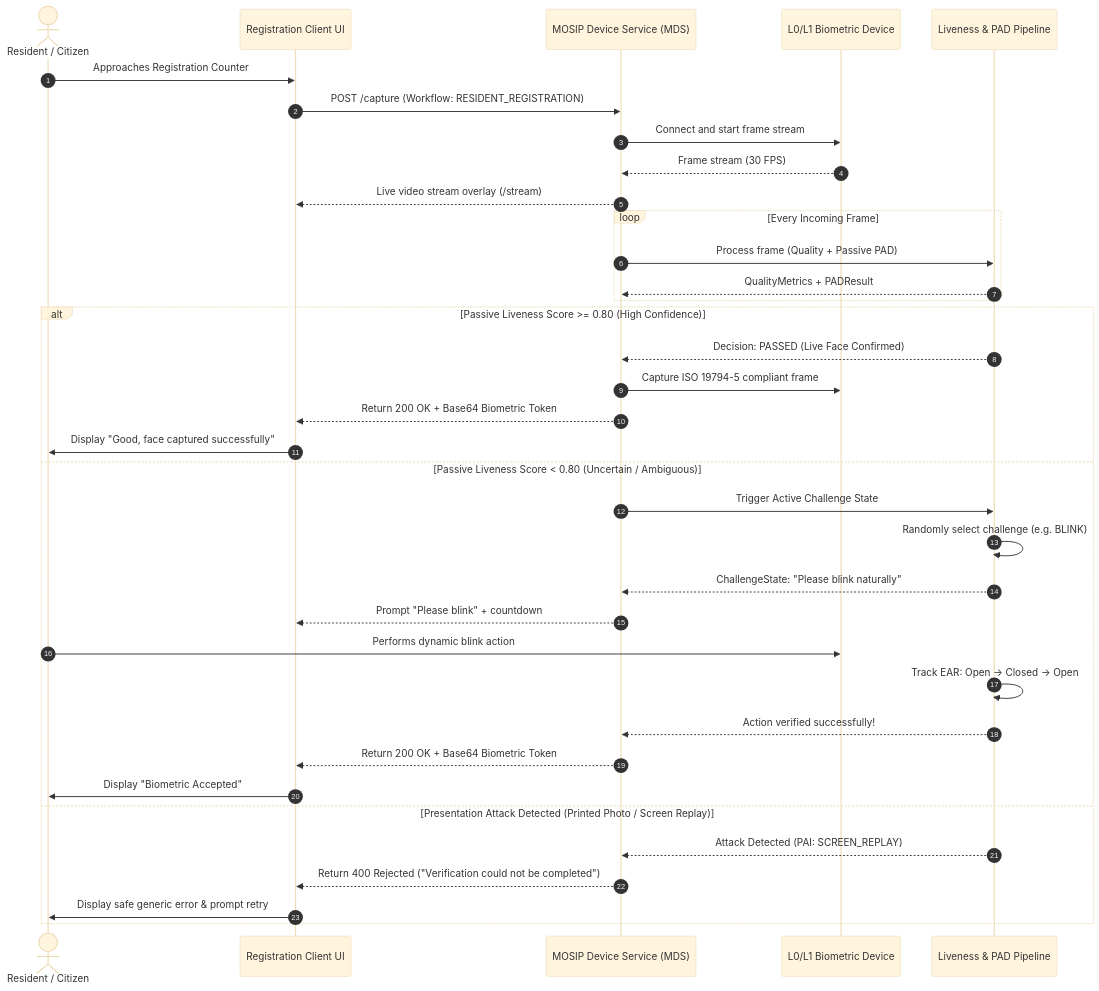
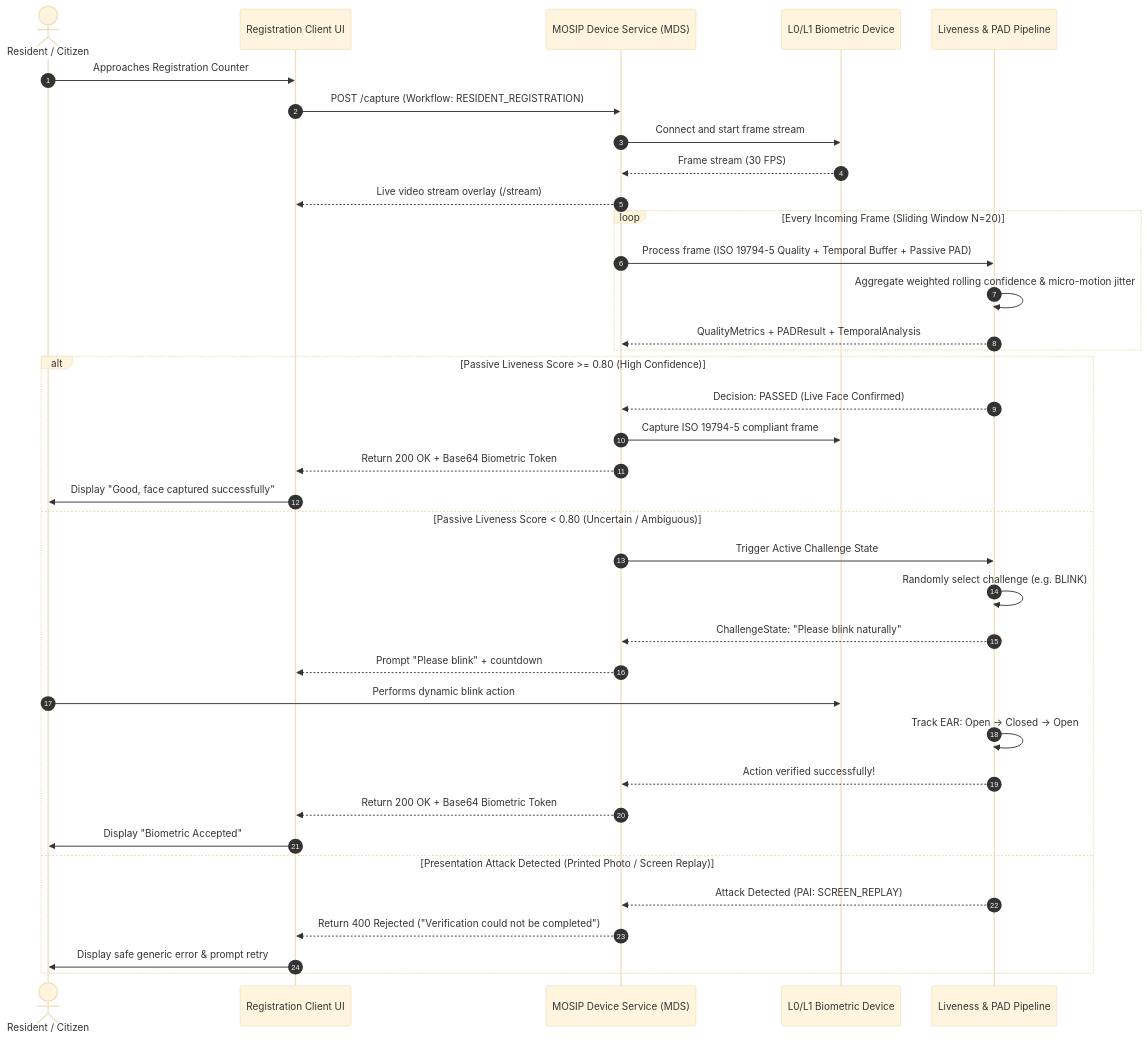
The first of 4 diagrams in docs/SEQUENCE_DIAGRAMS.md (car-ui/mosip-face-liveness-pad), drawn with Mermaid (base theme) before and after one commit. The commit also changed 25 other files, not shown here.

````diff
--- a/docs/SEQUENCE_DIAGRAMS.md
+++ b/docs/SEQUENCE_DIAGRAMS.md
@@ -9,41 +9,42 @@
 ```mermaid
 sequenceDiagram
     autonumber
     actor Resident as Resident / Citizen
     participant Client as Registration Client UI
     participant MDS as MOSIP Device Service (MDS)
     participant Device as L0/L1 Biometric Device
     participant Engine as Liveness & PAD Pipeline
 
     Resident->>Client: Approaches Registration Counter
     Client->>MDS: POST /capture (Workflow: RESIDENT_REGISTRATION)
     MDS->>Device: Connect and start frame stream
     Device-->>MDS: Frame stream (30 FPS)
     MDS-->>Client: Live video stream overlay (/stream)
 
-    loop Every Incoming Frame
-        MDS->>Engine: Process frame (Quality + Passive PAD)
-        Engine-->>MDS: QualityMetrics + PADResult
+    loop Every Incoming Frame (Sliding Window N=20)
+        MDS->>Engine: Process frame (ISO 19794-5 Quality + Temporal Buffer + Passive PAD)
+        Engine->>Engine: Aggregate weighted rolling confidence & micro-motion jitter
+        Engine-->>MDS: QualityMetrics + PADResult + TemporalAnalysis
     end
 
     alt Passive Liveness Score >= 0.80 (High Confidence)
         Engine-->>MDS: Decision: PASSED (Live Face Confirmed)
         MDS->>Device: Capture ISO 19794-5 compliant frame
         MDS-->>Client: Return 200 OK + Base64 Biometric Token
         Client->>Resident: Display "Good, face captured successfully"
     else Passive Liveness Score < 0.80 (Uncertain / Ambiguous)
         MDS->>Engine: Trigger Active Challenge State
         Engine->>Engine: Randomly select challenge (e.g. BLINK)
         Engine-->>MDS: ChallengeState: "Please blink naturally"
         MDS-->>Client: Prompt "Please blink" + countdown
         Resident->>Device: Performs dynamic blink action
         Engine->>Engine: Track EAR: Open -> Closed -> Open
         Engine-->>MDS: Action verified successfully!
         MDS-->>Client: Return 200 OK + Base64 Biometric Token
         Client->>Resident: Display "Biometric Accepted"
     else Presentation Attack Detected (Printed Photo / Screen Replay)
         Engine-->>MDS: Attack Detected (PAI: SCREEN_REPLAY)
         MDS-->>Client: Return 400 Rejected ("Verification could not be completed")
         Client->>Resident: Display safe generic error & prompt retry
     end
 ```
````
